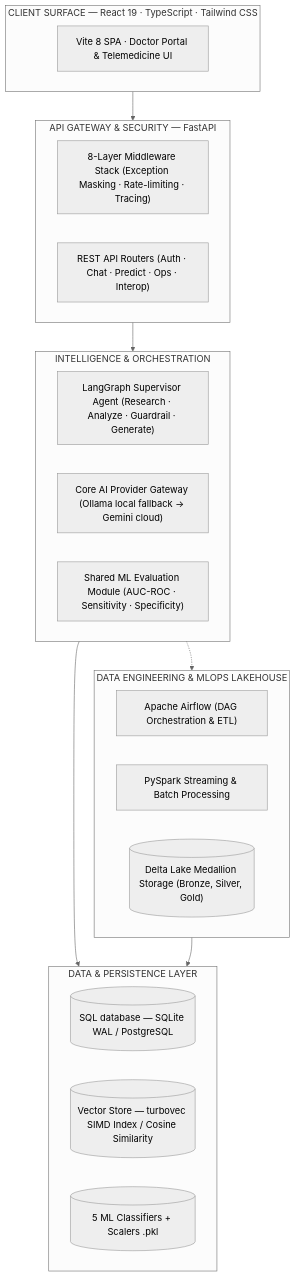
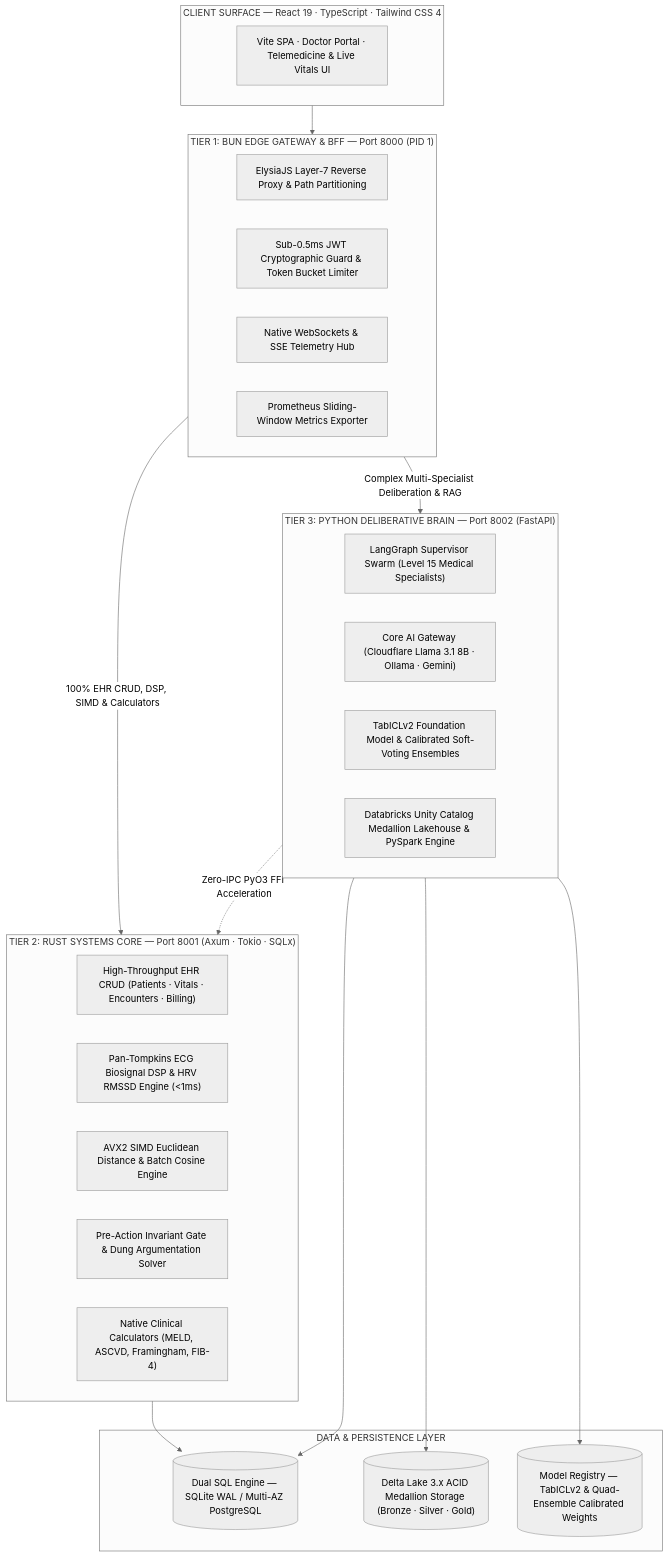
Before and after one commit to pavanbadempet/AI-Healthcare-System: the second of 6 diagrams in README.md, drawn with Mermaid (neutral theme). The commit also changed other lines of this file, not shown here.

Commit message:
docs(readme): synchronize tri-tier architecture diagrams, dsp specifications, and dev workflows

````diff
--- a/README.md
+++ b/README.md
@@ -409,35 +410,43 @@
 ```mermaid
 graph TB
-    subgraph Client["CLIENT SURFACE — React 19 · TypeScript · Tailwind CSS"]
-        FE["Vite 8 SPA · Doctor Portal & Telemedicine UI"]
+    subgraph Client["CLIENT SURFACE — React 19 · TypeScript · Tailwind CSS 4"]
+        FE["Vite SPA · Doctor Portal · Telemedicine & Live Vitals UI"]
     end
 
-    subgraph Gateway["API GATEWAY & SECURITY — FastAPI"]
-        MW["8-Layer Middleware Stack (Exception Masking · Rate-limiting · Tracing)"]
-        ROUTERS["REST API Routers (Auth · Chat · Predict · Ops · Interop)"]
+    subgraph Tier1["TIER 1: BUN EDGE GATEWAY & BFF — Port 8000 (PID 1)"]
+        EDGE_ROUTER["ElysiaJS Layer-7 Reverse Proxy & Path Partitioning"]
+        EDGE_AUTH["Sub-0.5ms JWT Cryptographic Guard & Token Bucket Limiter"]
+        EDGE_STREAM["Native WebSockets & SSE Telemetry Hub"]
+        EDGE_METRICS["Prometheus Sliding-Window Metrics Exporter"]
     end
 
-    subgraph Service["INTELLIGENCE & ORCHESTRATION"]
-        AGENT["LangGraph Supervisor Agent (Research · Analyze · Guardrail · Generate)"]
-        CORE["Core AI Provider Gateway (Ollama local fallback → Gemini cloud)"]
-        EVAL["Shared ML Evaluation Module (AUC-ROC · Sensitivity · Specificity)"]
+    subgraph Tier2["TIER 2: RUST SYSTEMS CORE — Port 8001 (Axum · Tokio · SQLx)"]
+        RUST_CRUD["High-Throughput EHR CRUD (Patients · Vitals · Encounters · Billing)"]
+        RUST_DSP["Pan-Tompkins ECG Biosignal DSP & HRV RMSSD Engine (<1ms)"]
+        RUST_SIMD["AVX2 SIMD Euclidean Distance & Batch Cosine Engine"]
+        RUST_SAFETY["Pre-Action Invariant Gate & Dung Argumentation Solver"]
+        RUST_CALC["Native Clinical Calculators (MELD, ASCVD, Framingham, FIB-4)"]
     end
 
-    subgraph DataEngine["DATA ENGINEERING & MLOPS LAKEHOUSE"]
-        AIRFLOW["Apache Airflow (DAG Orchestration & ETL)"]
-        SPARK["PySpark Streaming & Batch Processing"]
-        DELTA[("Delta Lake Medallion Storage (Bronze, Silver, Gold)")]
+    subgraph Tier3["TIER 3: PYTHON DELIBERATIVE BRAIN — Port 8002 (FastAPI)"]
+        AGENT["LangGraph Supervisor Swarm (Level 15 Medical Specialists)"]
+        CORE_AI["Core AI Gateway (Cloudflare Llama 3.1 8B · Ollama · Gemini)"]
+        TAB_ML["TabICLv2 Foundation Model & Calibrated Soft-Voting Ensembles"]
+        LAKEHOUSE["Databricks Unity Catalog Medallion Lakehouse & PySpark Engine"]
     end
 
-    subgraph Data["DATA & PERSISTENCE LAYER"]
-        DB[(SQL database — SQLite WAL / PostgreSQL)]
-        VS[(Vector Store — turbovec SIMD Index / Cosine Similarity)]
-        ML[(5 ML Classifiers + Scalers .pkl)]
+    subgraph Storage["DATA & PERSISTENCE LAYER"]
+        SQL_DB[("Dual SQL Engine — SQLite WAL / Multi-AZ PostgreSQL")]
+        DELTA_LAKE[("Delta Lake 3.x ACID Medallion Storage (Bronze · Silver · Gold)")]
+        MODEL_REG[("Model Registry — TabICLv2 & Quad-Ensemble Calibrated Weights")]
     end
 
-    Client --> Gateway
-    Gateway --> Service
-    Service --> Data
-    DataEngine --> Data
-    Service -.-> DataEngine
+    Client --> Tier1
+    Tier1 -->|"100% EHR CRUD, DSP, SIMD & Calculators"| Tier2
+    Tier1 -->|"Complex Multi-Specialist Deliberation & RAG"| Tier3
+    Tier3 -.->|"Zero-IPC PyO3 FFI Acceleration"| Tier2
+    Tier2 --> SQL_DB
+    Tier3 --> SQL_DB
+    Tier3 --> DELTA_LAKE
+    Tier3 --> MODEL_REG
 ```
````
